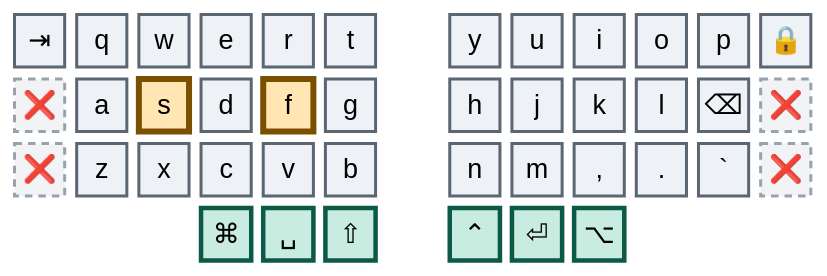
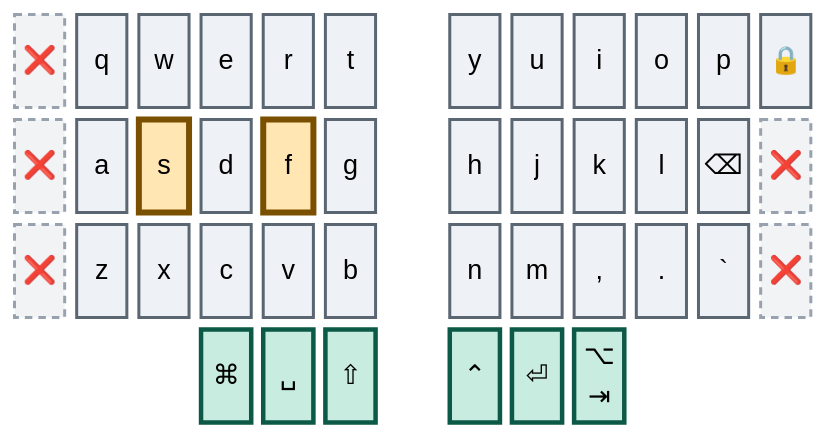
One commit to abloch/zmk-corne changed the sixth of 41 diagrams in combos.md. Above: the diagram before and after it, drawn with Mermaid. The commit also changed other lines of this file and 5 other files, not shown here.

````diff
--- a/combos.md
+++ b/combos.md
@@ -157,21 +157,21 @@
 ```mermaid
 %%{init: {'theme':'base','themeVariables':{'primaryColor':'#eef1f5','primaryTextColor':'#0b0f14','primaryBorderColor':'#5b6673','nodeTextColor':'#0b0f14','textColor':'#0b0f14','mainBkg':'#eef1f5','fontSize':'18px'}}}%%
 block
 columns 13
 
-  tab["⇥"] q w e r t space y u i o p lock["🔒"]
+  tab["❌"] q w e r t space y u i o p lock["🔒"]
   x4["❌"] a s d f g space h j k l bspc["⌫"] x1["❌"]
   x2["❌"] z x c v b space n m cma[","] dot["."] grv[" `"] x3["❌"]
-  space:3 cmd["⌘"] spc["␣"] sft["⇧"] space ctl["⌃"] ent["⏎"] alt["⌥"] space:3
+  space:3 cmd["⌘"] spc["␣"] sft["⇧"] space ctl["⌃"] ent["⏎"] alt["⌥<br/>⇥"] space:3
 
   classDef anchor fill:#bfe6f0,stroke:#0a4f63,stroke-width:4px,color:#04222b
   classDef trig fill:#ffe6b3,stroke:#7a5000,stroke-width:4px,color:#2e1e00
   classDef core fill:#eef1f5,stroke:#5b6673,stroke-width:2px,color:#0b0f14
   classDef thumb fill:#c8ece0,stroke:#0b5946,stroke-width:3px,color:#06241c
   classDef dead fill:#f2f3f5,stroke:#98a2ae,stroke-width:2px,stroke-dasharray:5 4,color:#5b6673
 
   class s,f trig
-  class tab,q,w,e,r,t,y,u,i,o,p,lock,a,d,g,h,j,k,l,bspc,z,x,c,v,b,n,m,cma,dot,grv core
+  class q,w,e,r,t,y,u,i,o,p,lock,a,d,g,h,j,k,l,bspc,z,x,c,v,b,n,m,cma,dot,grv core
   class cmd,spc,sft,ctl,ent,alt thumb
-  class x1,x2,x3,x4 dead
+  class tab,x1,x2,x3,x4 dead
 ```
````
